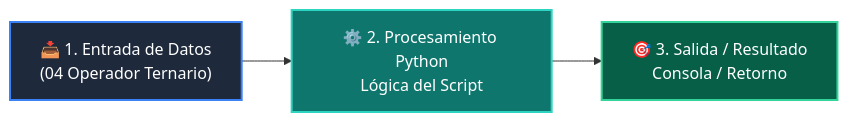
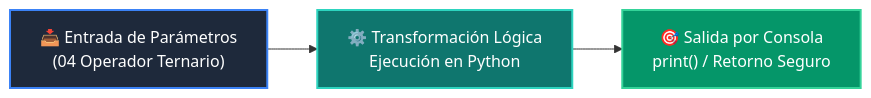
Before and after one commit to wisrovi/wisrovi-python: the diagram in 01-fundamentos-python/clase-03-control-flujo-condicionales/ejemplos/ejemplo_04_operador_ternario/README.md, drawn with Mermaid. The commit also changed other lines of this file and 226 other files, not shown here.

Commit message:
docs: elevate all repository READMEs to world-class mastery standard with rich pedagogical architecture, custom Mermaids, and professional styling

````diff
--- a/01-fundamentos-python/clase-03-control-flujo-condicionales/ejemplos/ejemplo_04_operador_ternario/README.md
+++ b/01-fundamentos-python/clase-03-control-flujo-condicionales/ejemplos/ejemplo_04_operador_ternario/README.md
@@ -12,9 +19,9 @@
 ```mermaid
 flowchart LR
-    A["📥 1. Entrada de Datos<br/>(04 Operador Ternario)"] --> B["⚙️ 2. Procesamiento Python<br/>Lógica del Script"]
-    B --> C["🎯 3. Salida / Resultado<br/>Consola / Retorno"]
+    A["📥 Entrada de Parámetros<br/>(04 Operador Ternario)"] --> B["⚙️ Transformación Lógica<br/>Ejecución en Python"]
+    B --> C["🎯 Salida por Consola<br/>print() / Retorno Seguro"]
 
-    style A fill:#1e293b,color:#fff,stroke:#3b82f6,stroke-width:2px
-    style B fill:#0f766e,color:#fff,stroke:#2dd4bf,stroke-width:2px
-    style C fill:#065f46,color:#fff,stroke:#34d399,stroke-width:2px
+    style A fill:#1e293b,color:#ffffff,stroke:#3b82f6,stroke-width:2px
+    style B fill:#0f766e,color:#ffffff,stroke:#2dd4bf,stroke-width:2px
+    style C fill:#059669,color:#ffffff,stroke:#34d399,stroke-width:2px
 ```
````
